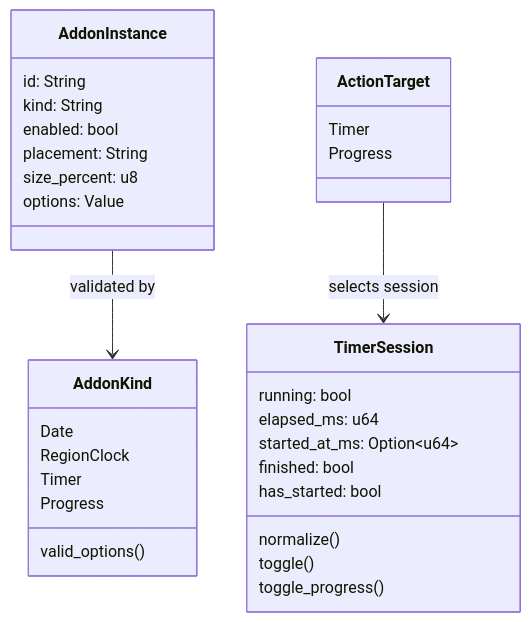
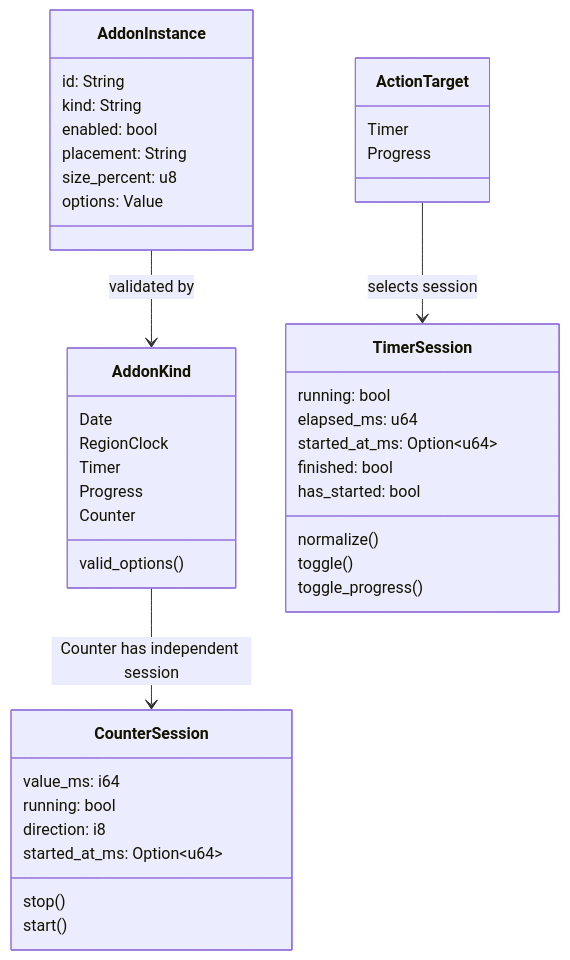
Before and after one commit to tbkmax/TopClock: the third of 4 diagrams in src-tauri/src/addons/doc/workflow_diagram.md, drawn with Mermaid. The commit also changed other lines of this file and 55 other files, not shown here.

````diff
--- a/src-tauri/src/addons/doc/workflow_diagram.md
+++ b/src-tauri/src/addons/doc/workflow_diagram.md
@@ -34,34 +61,44 @@
 ```mermaid
 classDiagram
     class AddonInstance {
       id: String
       kind: String
       enabled: bool
       placement: String
       size_percent: u8
       options: Value
     }
     class AddonKind {
       Date
       RegionClock
       Timer
       Progress
+      Counter
       valid_options()
     }
     class TimerSession {
       running: bool
       elapsed_ms: u64
       started_at_ms: Option~u64~
       finished: bool
       has_started: bool
       normalize()
       toggle()
       toggle_progress()
     }
     class ActionTarget {
       Timer
       Progress
     }
+    class CounterSession {
+      value_ms: i64
+      running: bool
+      direction: i8
+      started_at_ms: Option~u64~
+      stop()
+      start()
+    }
     AddonInstance --> AddonKind : validated by
     ActionTarget --> TimerSession : selects session
+    AddonKind --> CounterSession : Counter has independent session
 ```
````
